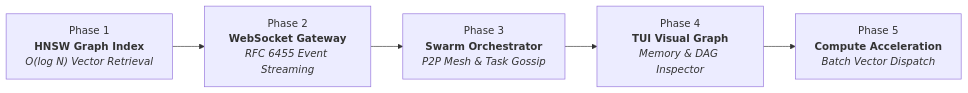
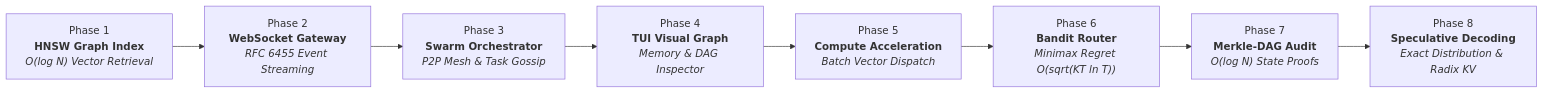
Before and after one commit to anisayakmitra-in/AGENT-PANDORA: the diagram in docs/math/phased_roadmap_mathematics.md, drawn with Mermaid. The commit also changed other lines of this file and 51 other files, not shown here.

Commit message:
Release v3.0.4 - Endpoint Wiring, Mathematical Roadmap & Version Bump

````diff
--- a/docs/math/phased_roadmap_mathematics.md
+++ b/docs/math/phased_roadmap_mathematics.md
@@ -13,10 +13,13 @@
 ```mermaid
 flowchart LR
     P1["Phase 1<br/><b>HNSW Graph Index</b><br/><i>O(log N) Vector Retrieval</i>"]
     P2["Phase 2<br/><b>WebSocket Gateway</b><br/><i>RFC 6455 Event Streaming</i>"]
     P3["Phase 3<br/><b>Swarm Orchestrator</b><br/><i>P2P Mesh & Task Gossip</i>"]
     P4["Phase 4<br/><b>TUI Visual Graph</b><br/><i>Memory & DAG Inspector</i>"]
     P5["Phase 5<br/><b>Compute Acceleration</b><br/><i>Batch Vector Dispatch</i>"]
+    P6["Phase 6<br/><b>Bandit Router</b><br/><i>Minimax Regret O(sqrt(KT ln T))</i>"]
+    P7["Phase 7<br/><b>Merkle-DAG Audit</b><br/><i>O(log N) State Proofs</i>"]
+    P8["Phase 8<br/><b>Speculative Decoding</b><br/><i>Exact Distribution & Radix KV</i>"]
 
-    P1 --> P2 --> P3 --> P4 --> P5
+    P1 --> P2 --> P3 --> P4 --> P5 --> P6 --> P7 --> P8
 ```
````
